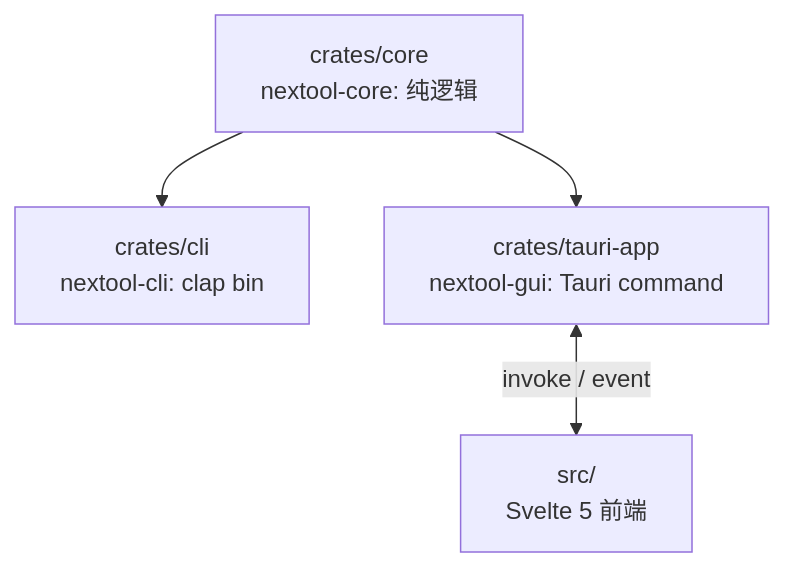
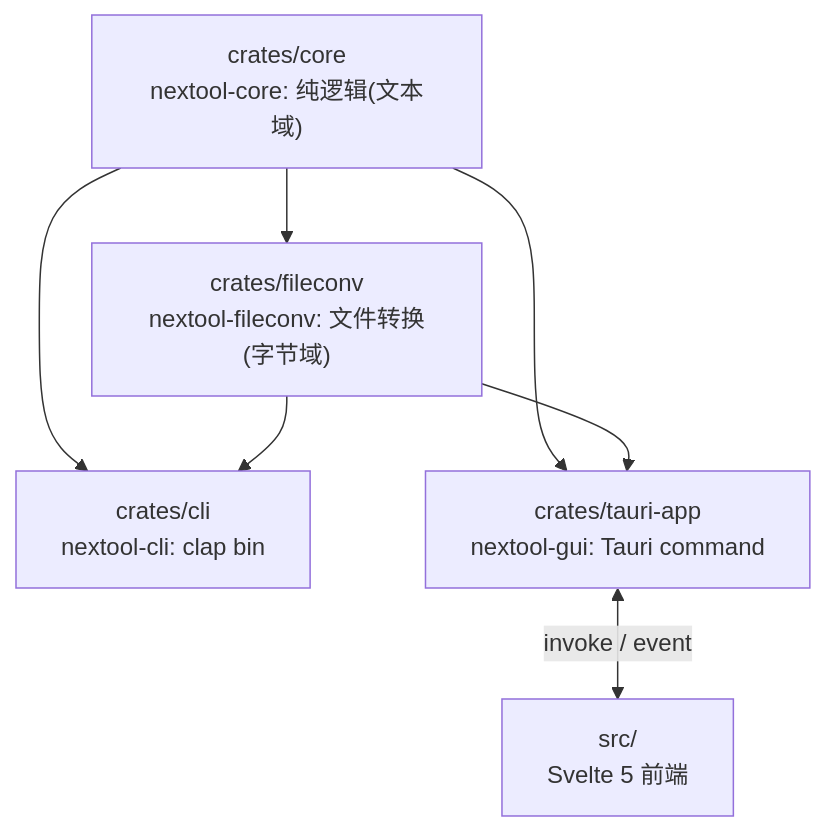
The first of 3 diagrams in docs/tech.md (int2t05/NexToolkit), drawn with Mermaid before and after one commit. The commit also changed other lines of this file and 28 other files, not shown here.

````diff
--- a/docs/tech.md
+++ b/docs/tech.md
@@ -18,10 +18,14 @@
 ```mermaid
 flowchart TD
-  CORE["crates/core<br/>nextool-core: 纯逻辑"]
+  CORE["crates/core<br/>nextool-core: 纯逻辑(文本域)"]
+  FC["crates/fileconv<br/>nextool-fileconv: 文件转换(字节域)"]
   CLI["crates/cli<br/>nextool-cli: clap bin"]
   GUI["crates/tauri-app<br/>nextool-gui: Tauri command"]
   FE["src/<br/>Svelte 5 前端"]
+  CORE --> FC
   CORE --> CLI
+  FC --> CLI
   CORE --> GUI
+  FC --> GUI
   GUI <-->|"invoke / event"| FE
 ```
````
